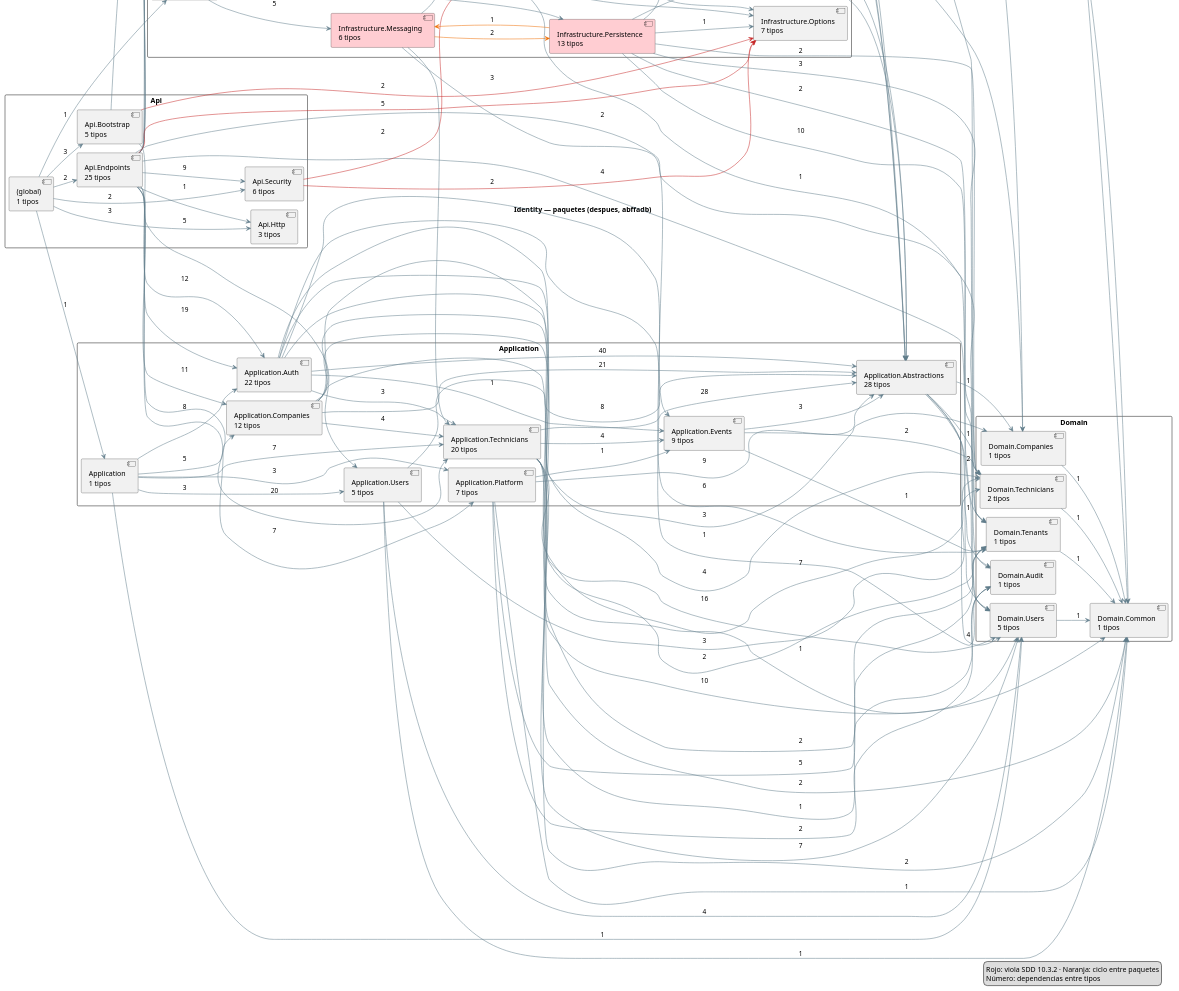
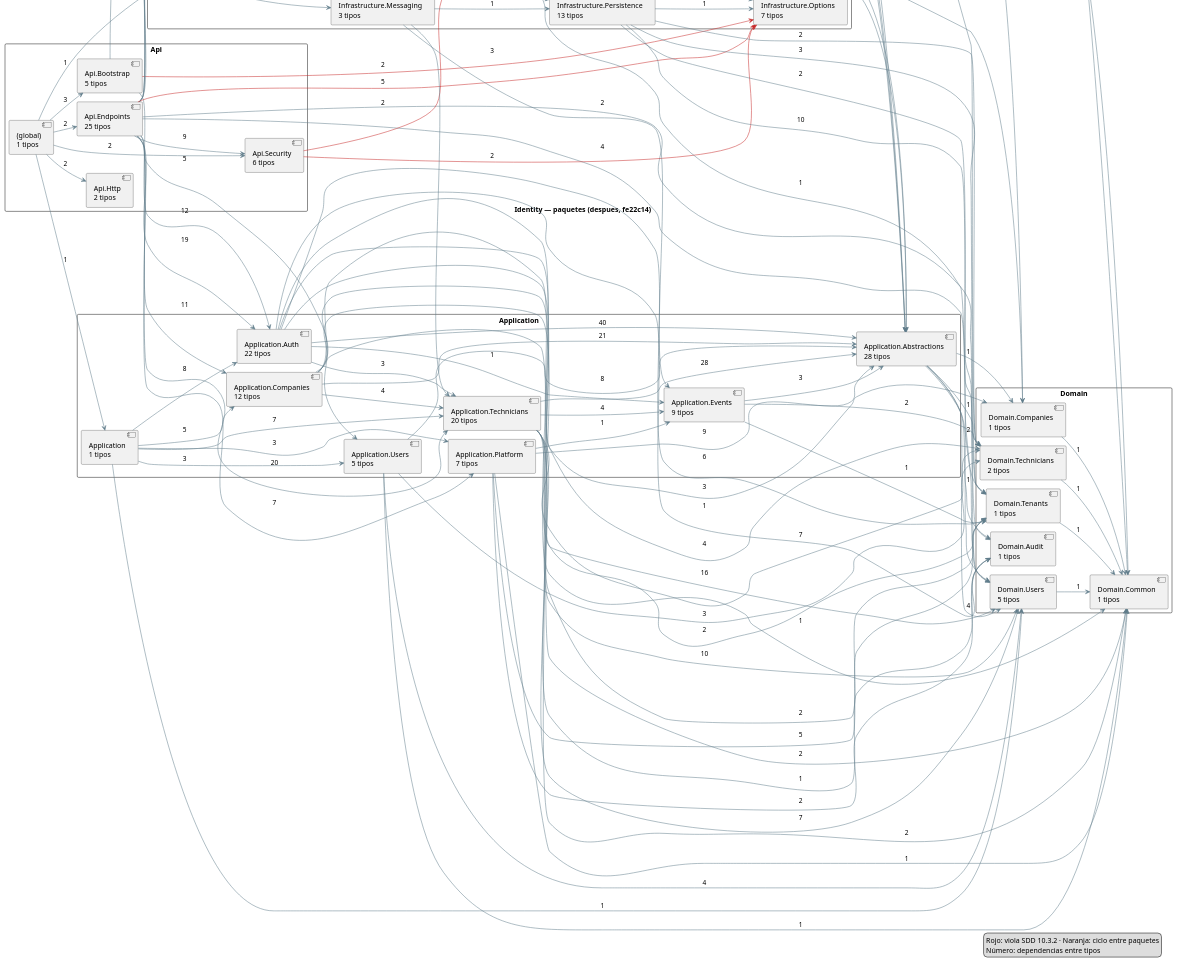
Before and after one commit to ARQUI-202630/quickpatch: the diagram in docs/architecture/codigo/despues/identity/paquetes.puml, drawn with PlantUML. The commit also changed 36 other files, not shown here.

```diff
--- a/docs/architecture/codigo/despues/identity/paquetes.puml
+++ b/docs/architecture/codigo/despues/identity/paquetes.puml
@@ -1,136 +1,134 @@
 @startuml
 !pragma layout smetana
-title Identity — paquetes (despues, abffadb)
+title Identity — paquetes (despues, fe22c14)
 skinparam packageStyle rectangle
 skinparam shadowing false
 left to right direction
 package "Api" {
   component "(global)\n1 tipos" as _global_
   component "Api.Bootstrap\n5 tipos" as QuickPatch_Identity_Api_Bootstrap
   component "Api.Endpoints\n25 tipos" as QuickPatch_Identity_Api_Endpoints
-  component "Api.Http\n3 tipos" as QuickPatch_Identity_Api_Http
+  component "Api.Http\n2 tipos" as QuickPatch_Identity_Api_Http
   component "Api.Security\n6 tipos" as QuickPatch_Identity_Api_Security
 }
 package "Application" {
   component "Application\n1 tipos" as QuickPatch_Identity_Application
   component "Application.Abstractions\n28 tipos" as QuickPatch_Identity_Application_Abstractions
   component "Application.Auth\n22 tipos" as QuickPatch_Identity_Application_Auth
   component "Application.Companies\n12 tipos" as QuickPatch_Identity_Application_Companies
   component "Application.Events\n9 tipos" as QuickPatch_Identity_Application_Events
   component "Application.Platform\n7 tipos" as QuickPatch_Identity_Application_Platform
   component "Application.Technicians\n20 tipos" as QuickPatch_Identity_Application_Technicians
   component "Application.Users\n5 tipos" as QuickPatch_Identity_Application_Users
 }
 package "Domain" {
   component "Domain.Audit\n1 tipos" as QuickPatch_Identity_Domain_Audit
   component "Domain.Common\n1 tipos" as QuickPatch_Identity_Domain_Common
   component "Domain.Companies\n1 tipos" as QuickPatch_Identity_Domain_Companies
   component "Domain.Technicians\n2 tipos" as QuickPatch_Identity_Domain_Technicians
   component "Domain.Tenants\n1 tipos" as QuickPatch_Identity_Domain_Tenants
   component "Domain.Users\n5 tipos" as QuickPatch_Identity_Domain_Users
 }
 package "Infrastructure" {
   component "Infrastructure\n1 tipos" as QuickPatch_Identity_Infrastructure
-  component "Infrastructure.Messaging\n6 tipos" as QuickPatch_Identity_Infrastructure_Messaging #FFCDD2
+  component "Infrastructure.Messaging\n3 tipos" as QuickPatch_Identity_Infrastructure_Messaging
   component "Infrastructure.Options\n7 tipos" as QuickPatch_Identity_Infrastructure_Options
-  component "Infrastructure.Persistence\n13 tipos" as QuickPatch_Identity_Infrastructure_Persistence #FFCDD2
+  component "Infrastructure.Persistence\n13 tipos" as QuickPatch_Identity_Infrastructure_Persistence
   component "Infrastructure.Security\n4 tipos" as QuickPatch_Identity_Infrastructure_Security
 }
 _global_ --> QuickPatch_Identity_Api_Bootstrap #607D8B : 3
 _global_ --> QuickPatch_Identity_Api_Endpoints #607D8B : 2
-_global_ --> QuickPatch_Identity_Api_Http #607D8B : 3
+_global_ --> QuickPatch_Identity_Api_Http #607D8B : 2
 _global_ --> QuickPatch_Identity_Api_Security #607D8B : 2
 _global_ --> QuickPatch_Identity_Application #607D8B : 1
 _global_ --> QuickPatch_Identity_Infrastructure #607D8B : 1
 QuickPatch_Identity_Api_Bootstrap --> QuickPatch_Identity_Application_Auth #607D8B : 12
 QuickPatch_Identity_Api_Bootstrap --> QuickPatch_Identity_Domain_Common #607D8B : 1
 QuickPatch_Identity_Api_Bootstrap --> QuickPatch_Identity_Infrastructure_Options #C62828 : 2
-QuickPatch_Identity_Api_Endpoints --> QuickPatch_Identity_Api_Http #607D8B : 1
 QuickPatch_Identity_Api_Endpoints --> QuickPatch_Identity_Api_Security #607D8B : 9
 QuickPatch_Identity_Api_Endpoints --> QuickPatch_Identity_Application_Abstractions #607D8B : 5
 QuickPatch_Identity_Api_Endpoints --> QuickPatch_Identity_Application_Auth #607D8B : 19
 QuickPatch_Identity_Api_Endpoints --> QuickPatch_Identity_Application_Companies #607D8B : 11
 QuickPatch_Identity_Api_Endpoints --> QuickPatch_Identity_Application_Platform #607D8B : 7
 QuickPatch_Identity_Api_Endpoints --> QuickPatch_Identity_Application_Technicians #607D8B : 20
 QuickPatch_Identity_Api_Endpoints --> QuickPatch_Identity_Application_Users #607D8B : 5
 QuickPatch_Identity_Api_Endpoints --> QuickPatch_Identity_Domain_Common #607D8B : 2
 QuickPatch_Identity_Api_Endpoints --> QuickPatch_Identity_Domain_Companies #607D8B : 2
 QuickPatch_Identity_Api_Endpoints --> QuickPatch_Identity_Domain_Technicians #607D8B : 3
 QuickPatch_Identity_Api_Endpoints --> QuickPatch_Identity_Domain_Tenants #607D8B : 2
 QuickPatch_Identity_Api_Endpoints --> QuickPatch_Identity_Domain_Users #607D8B : 4
 QuickPatch_Identity_Api_Endpoints --> QuickPatch_Identity_Infrastructure_Options #C62828 : 5
 QuickPatch_Identity_Api_Security --> QuickPatch_Identity_Infrastructure_Options #C62828 : 2
 QuickPatch_Identity_Api_Security --> QuickPatch_Identity_Infrastructure_Security #C62828 : 2
 QuickPatch_Identity_Application --> QuickPatch_Identity_Application_Auth #607D8B : 8
 QuickPatch_Identity_Application --> QuickPatch_Identity_Application_Companies #607D8B : 5
 QuickPatch_Identity_Application --> QuickPatch_Identity_Application_Platform #607D8B : 3
 QuickPatch_Identity_Application --> QuickPatch_Identity_Application_Technicians #607D8B : 7
 QuickPatch_Identity_Application --> QuickPatch_Identity_Application_Users #607D8B : 3
 QuickPatch_Identity_Application --> QuickPatch_Identity_Domain_Users #607D8B : 1
 QuickPatch_Identity_Application_Abstractions --> QuickPatch_Identity_Domain_Audit #607D8B : 1
 QuickPatch_Identity_Application_Abstractions --> QuickPatch_Identity_Domain_Companies #607D8B : 1
 QuickPatch_Identity_Application_Abstractions --> QuickPatch_Identity_Domain_Technicians #607D8B : 1
 QuickPatch_Identity_Application_Abstractions --> QuickPatch_Identity_Domain_Tenants #607D8B : 2
 QuickPatch_Identity_Application_Abstractions --> QuickPatch_Identity_Domain_Users #607D8B : 4
 QuickPatch_Identity_Application_Auth --> QuickPatch_Identity_Application_Abstractions #607D8B : 40
 QuickPatch_Identity_Application_Auth --> QuickPatch_Identity_Application_Events #607D8B : 1
 QuickPatch_Identity_Application_Auth --> QuickPatch_Identity_Application_Technicians #607D8B : 3
 QuickPatch_Identity_Application_Auth --> QuickPatch_Identity_Domain_Audit #607D8B : 1
 QuickPatch_Identity_Application_Auth --> QuickPatch_Identity_Domain_Common #607D8B : 1
 QuickPatch_Identity_Application_Auth --> QuickPatch_Identity_Domain_Technicians #607D8B : 4
 QuickPatch_Identity_Application_Auth --> QuickPatch_Identity_Domain_Tenants #607D8B : 6
 QuickPatch_Identity_Application_Auth --> QuickPatch_Identity_Domain_Users #607D8B : 16
 QuickPatch_Identity_Application_Companies --> QuickPatch_Identity_Application_Abstractions #607D8B : 21
 QuickPatch_Identity_Application_Companies --> QuickPatch_Identity_Application_Technicians #607D8B : 4
 QuickPatch_Identity_Application_Companies --> QuickPatch_Identity_Domain_Common #607D8B : 2
 QuickPatch_Identity_Application_Companies --> QuickPatch_Identity_Domain_Companies #607D8B : 3
 QuickPatch_Identity_Application_Companies --> QuickPatch_Identity_Domain_Tenants #607D8B : 2
 QuickPatch_Identity_Application_Companies --> QuickPatch_Identity_Domain_Users #607D8B : 10
 QuickPatch_Identity_Application_Events --> QuickPatch_Identity_Application_Abstractions #607D8B : 3
 QuickPatch_Identity_Application_Events --> QuickPatch_Identity_Domain_Technicians #607D8B : 2
 QuickPatch_Identity_Application_Events --> QuickPatch_Identity_Domain_Tenants #607D8B : 1
 QuickPatch_Identity_Application_Platform --> QuickPatch_Identity_Application_Abstractions #607D8B : 9
 QuickPatch_Identity_Application_Platform --> QuickPatch_Identity_Application_Events #607D8B : 1
 QuickPatch_Identity_Application_Platform --> QuickPatch_Identity_Domain_Audit #607D8B : 2
 QuickPatch_Identity_Application_Platform --> QuickPatch_Identity_Domain_Common #607D8B : 1
 QuickPatch_Identity_Application_Platform --> QuickPatch_Identity_Domain_Tenants #607D8B : 5
 QuickPatch_Identity_Application_Technicians --> QuickPatch_Identity_Application_Abstractions #607D8B : 28
 QuickPatch_Identity_Application_Technicians --> QuickPatch_Identity_Application_Events #607D8B : 4
 QuickPatch_Identity_Application_Technicians --> QuickPatch_Identity_Domain_Audit #607D8B : 1
 QuickPatch_Identity_Application_Technicians --> QuickPatch_Identity_Domain_Common #607D8B : 2
 QuickPatch_Identity_Application_Technicians --> QuickPatch_Identity_Domain_Technicians #607D8B : 7
 QuickPatch_Identity_Application_Technicians --> QuickPatch_Identity_Domain_Tenants #607D8B : 2
 QuickPatch_Identity_Application_Technicians --> QuickPatch_Identity_Domain_Users #607D8B : 7
 QuickPatch_Identity_Application_Users --> QuickPatch_Identity_Application_Abstractions #607D8B : 8
 QuickPatch_Identity_Application_Users --> QuickPatch_Identity_Domain_Common #607D8B : 1
 QuickPatch_Identity_Application_Users --> QuickPatch_Identity_Domain_Technicians #607D8B : 3
 QuickPatch_Identity_Application_Users --> QuickPatch_Identity_Domain_Users #607D8B : 4
 QuickPatch_Identity_Domain_Companies --> QuickPatch_Identity_Domain_Common #607D8B : 1
 QuickPatch_Identity_Domain_Technicians --> QuickPatch_Identity_Domain_Common #607D8B : 1
 QuickPatch_Identity_Domain_Tenants --> QuickPatch_Identity_Domain_Common #607D8B : 1
 QuickPatch_Identity_Domain_Users --> QuickPatch_Identity_Domain_Common #607D8B : 1
 QuickPatch_Identity_Infrastructure --> QuickPatch_Identity_Application_Abstractions #607D8B : 14
-QuickPatch_Identity_Infrastructure --> QuickPatch_Identity_Infrastructure_Messaging #607D8B : 5
+QuickPatch_Identity_Infrastructure --> QuickPatch_Identity_Infrastructure_Messaging #607D8B : 3
 QuickPatch_Identity_Infrastructure --> QuickPatch_Identity_Infrastructure_Options #607D8B : 7
 QuickPatch_Identity_Infrastructure --> QuickPatch_Identity_Infrastructure_Persistence #607D8B : 11
 QuickPatch_Identity_Infrastructure --> QuickPatch_Identity_Infrastructure_Security #607D8B : 4
 QuickPatch_Identity_Infrastructure_Messaging --> QuickPatch_Identity_Application_Abstractions #607D8B : 2
 QuickPatch_Identity_Infrastructure_Messaging --> QuickPatch_Identity_Application_Events #607D8B : 3
 QuickPatch_Identity_Infrastructure_Messaging --> QuickPatch_Identity_Application_Technicians #607D8B : 2
-QuickPatch_Identity_Infrastructure_Messaging --> QuickPatch_Identity_Infrastructure_Persistence #EF6C00 : 2
+QuickPatch_Identity_Infrastructure_Messaging --> QuickPatch_Identity_Infrastructure_Persistence #607D8B : 1
 QuickPatch_Identity_Infrastructure_Persistence --> QuickPatch_Identity_Application_Abstractions #607D8B : 22
 QuickPatch_Identity_Infrastructure_Persistence --> QuickPatch_Identity_Domain_Audit #607D8B : 2
 QuickPatch_Identity_Infrastructure_Persistence --> QuickPatch_Identity_Domain_Companies #607D8B : 2
 QuickPatch_Identity_Infrastructure_Persistence --> QuickPatch_Identity_Domain_Technicians #607D8B : 2
 QuickPatch_Identity_Infrastructure_Persistence --> QuickPatch_Identity_Domain_Tenants #607D8B : 3
 QuickPatch_Identity_Infrastructure_Persistence --> QuickPatch_Identity_Domain_Users #607D8B : 10
-QuickPatch_Identity_Infrastructure_Persistence --> QuickPatch_Identity_Infrastructure_Messaging #EF6C00 : 1
 QuickPatch_Identity_Infrastructure_Persistence --> QuickPatch_Identity_Infrastructure_Options #607D8B : 1
 QuickPatch_Identity_Infrastructure_Security --> QuickPatch_Identity_Application_Abstractions #607D8B : 4
 QuickPatch_Identity_Infrastructure_Security --> QuickPatch_Identity_Domain_Users #607D8B : 1
 QuickPatch_Identity_Infrastructure_Security --> QuickPatch_Identity_Infrastructure_Options #607D8B : 4
 legend right
 Rojo: viola SDD 10.3.2 · Naranja: ciclo entre paquetes
 Número: dependencias entre tipos
 endlegend
 @enduml
```
